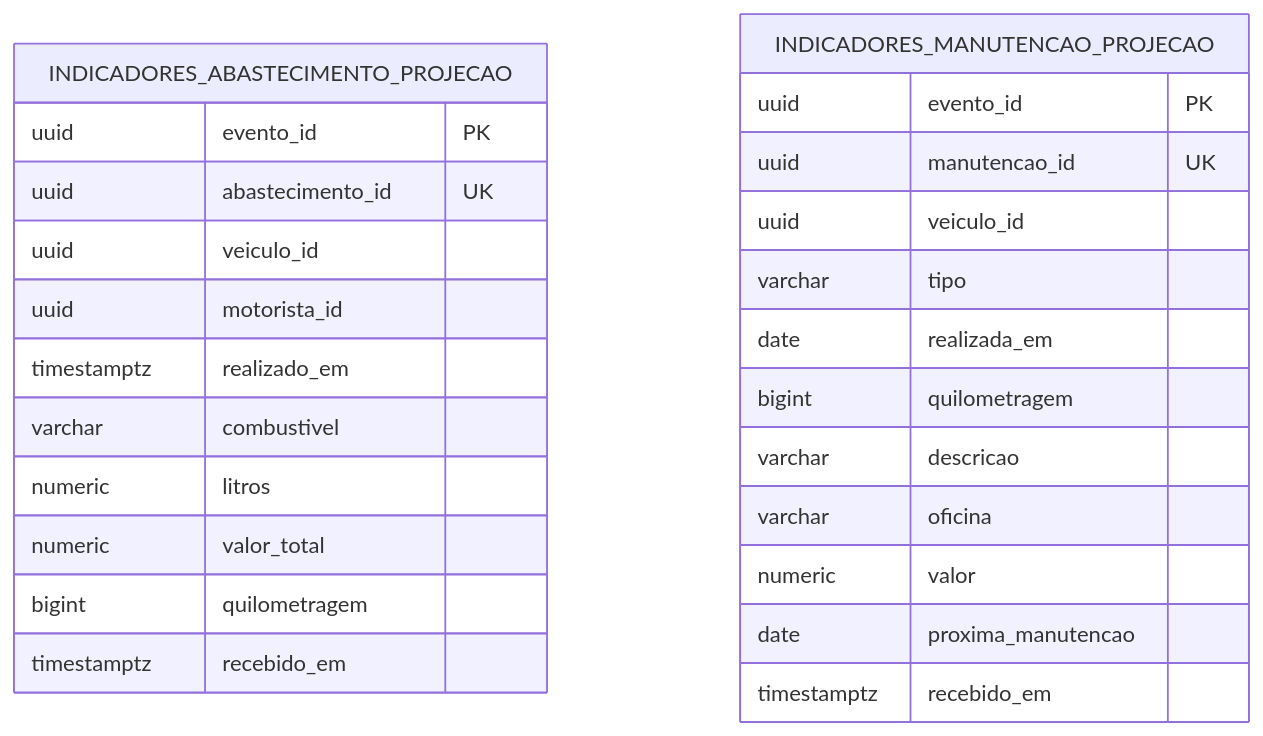
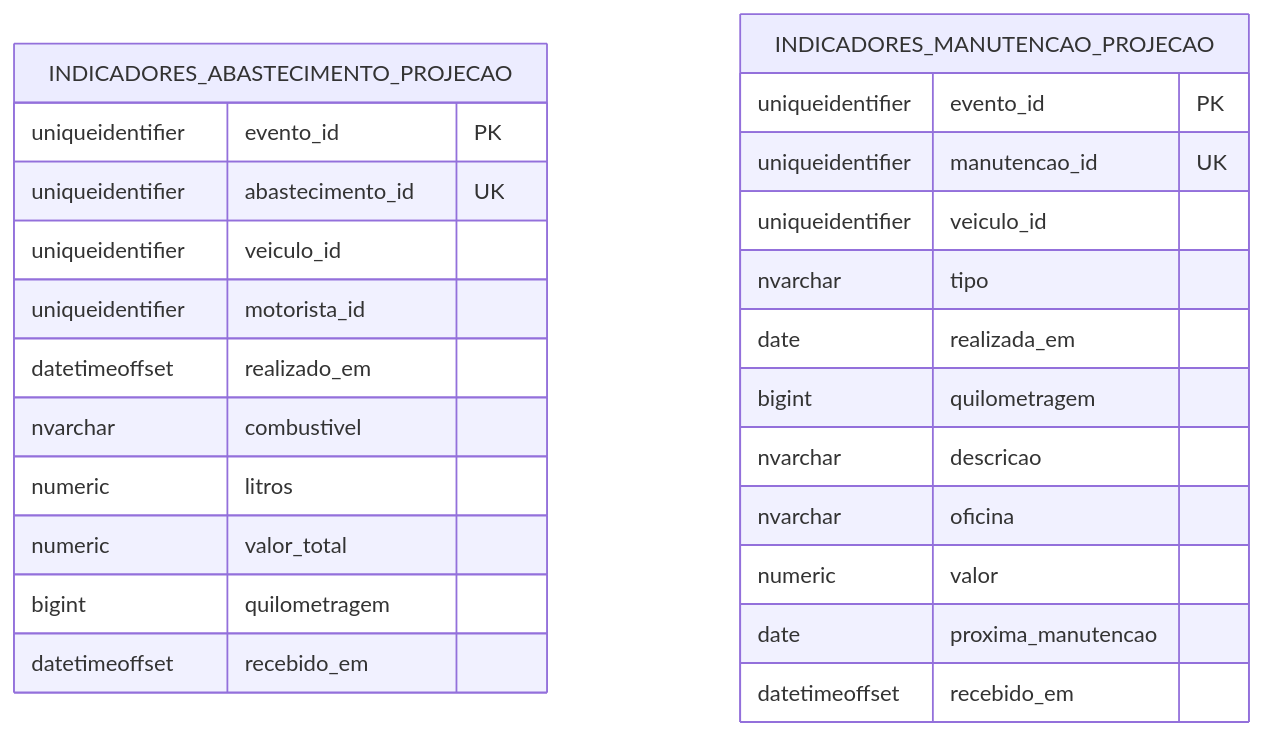
Before and after one commit to mateusblm/nexfleet: diagram 13 of 14 in docs/DIAGRAMAS-ARQUITETURA.md, drawn with Mermaid. The commit also changed other lines of this file, not shown here.

Commit message:
Diagramas da v1.0.0: Frota no MongoDB, demais serviços no Azure SQL por schema e visão consolidada

````diff
--- a/docs/DIAGRAMAS-ARQUITETURA.md
+++ b/docs/DIAGRAMAS-ARQUITETURA.md
@@ -456,28 +488,28 @@
 ```mermaid
 erDiagram
   INDICADORES_ABASTECIMENTO_PROJECAO {
-    uuid evento_id PK
-    uuid abastecimento_id UK
-    uuid veiculo_id
-    uuid motorista_id
-    timestamptz realizado_em
-    varchar combustivel
+    uniqueidentifier evento_id PK
+    uniqueidentifier abastecimento_id UK
+    uniqueidentifier veiculo_id
+    uniqueidentifier motorista_id
+    datetimeoffset realizado_em
+    nvarchar combustivel
     numeric litros
     numeric valor_total
     bigint quilometragem
-    timestamptz recebido_em
+    datetimeoffset recebido_em
   }
   INDICADORES_MANUTENCAO_PROJECAO {
-    uuid evento_id PK
-    uuid manutencao_id UK
-    uuid veiculo_id
-    varchar tipo
+    uniqueidentifier evento_id PK
+    uniqueidentifier manutencao_id UK
+    uniqueidentifier veiculo_id
+    nvarchar tipo
     date realizada_em
     bigint quilometragem
-    varchar descricao
-    varchar oficina
+    nvarchar descricao
+    nvarchar oficina
     numeric valor
     date proxima_manutencao
-    timestamptz recebido_em
+    datetimeoffset recebido_em
   }
 ```
````
